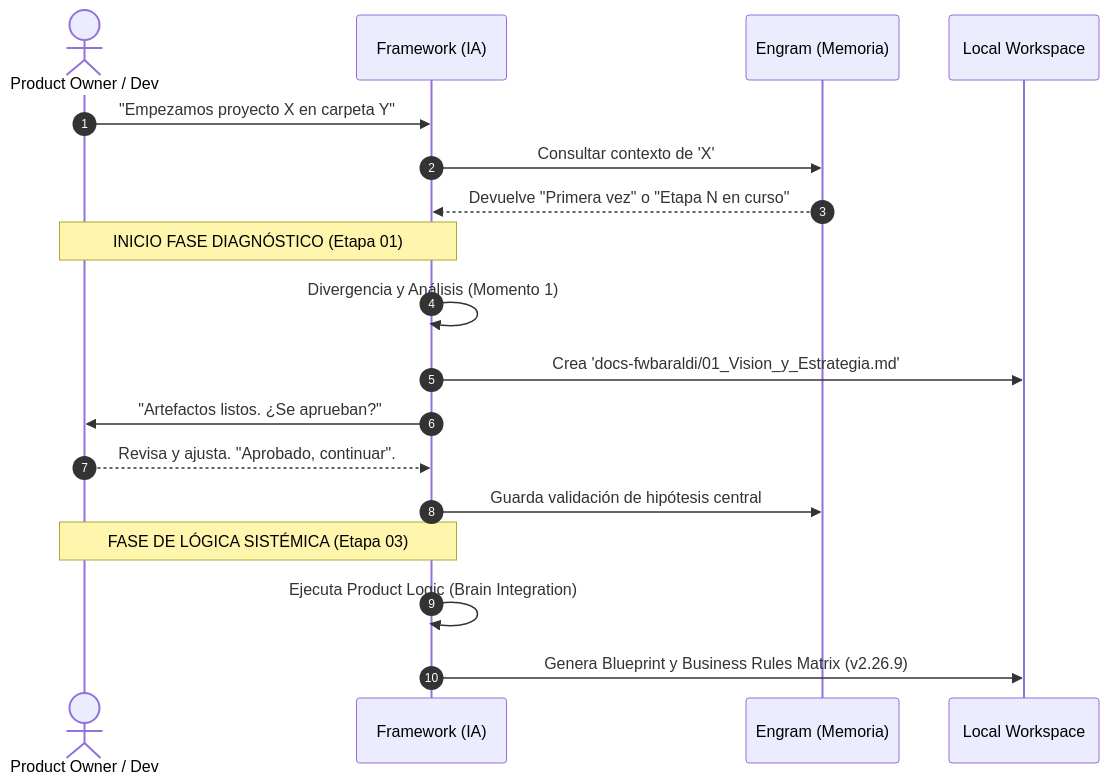
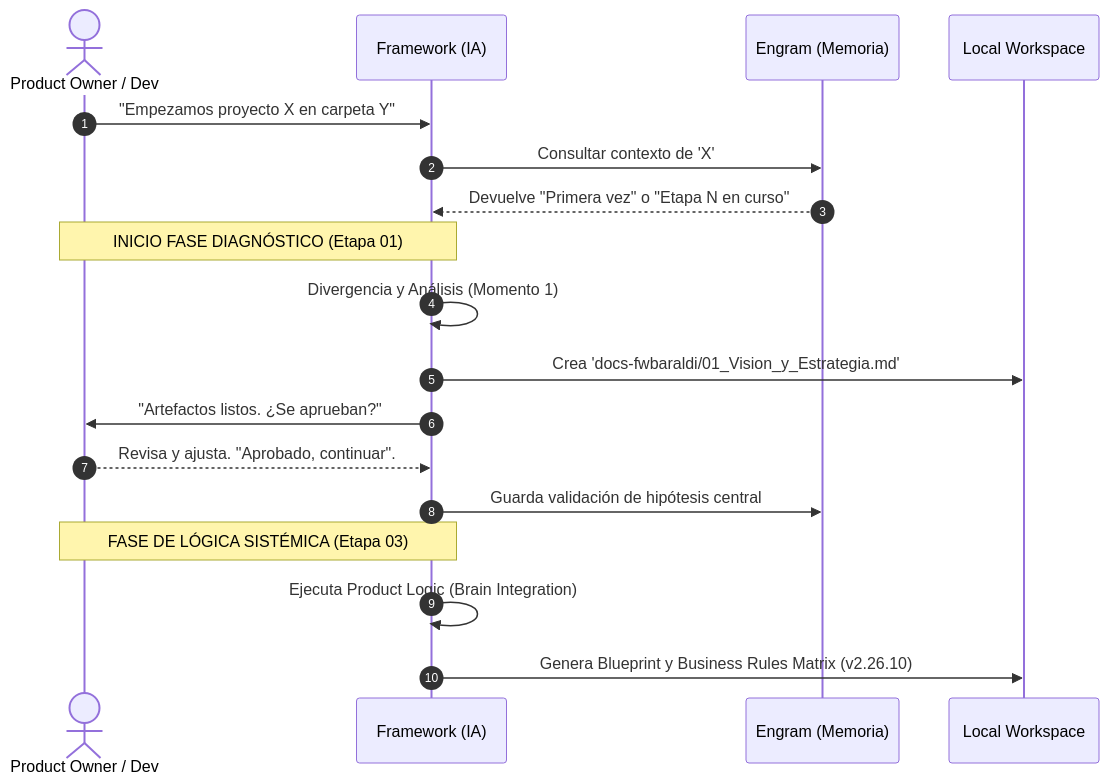
Before and after one commit to leobaraldi96/fwbaraldi: the second of 2 diagrams in ARQUITECTURA_CORE.md, drawn with Mermaid. The commit also changed other lines of this file and 84 other files, not shown here.

````diff
--- a/ARQUITECTURA_CORE.md
+++ b/ARQUITECTURA_CORE.md
@@ -79,26 +79,26 @@
 ```mermaid
 sequenceDiagram
     autonumber
     actor Humano as Product Owner / Dev
     participant IA as Framework (IA)
     participant E as Engram (Memoria)
     participant FS as Local Workspace
 
     Humano->>IA: "Empezamos proyecto X en carpeta Y"
     IA->>E: Consultar contexto de 'X'
     E-->>IA: Devuelve "Primera vez" o "Etapa N en curso"
     
     note over IA,Humano: INICIO FASE DIAGNÓSTICO (Etapa 01)
     IA->>IA: Divergencia y Análisis (Momento 1)
     
     IA->>FS: Crea 'docs-fwbaraldi/01_Vision_y_Estrategia.md'
     IA->>Humano: "Artefactos listos. ¿Se aprueban?"
     
     Humano-->>IA: Revisa y ajusta. "Aprobado, continuar".
     
     IA->>E: Guarda validación de hipótesis central
     
     note over IA,Humano: FASE DE LÓGICA SISTÉMICA (Etapa 03)
     IA->>IA: Ejecuta Product Logic (Brain Integration)
-    IA->>FS: Genera Blueprint y Business Rules Matrix (v2.26.9)
+    IA->>FS: Genera Blueprint y Business Rules Matrix (v2.26.10)
 ```
````
